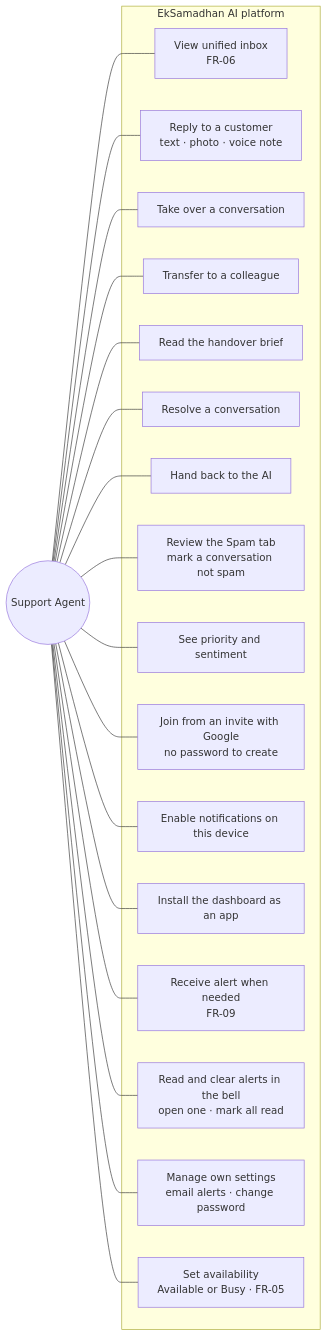
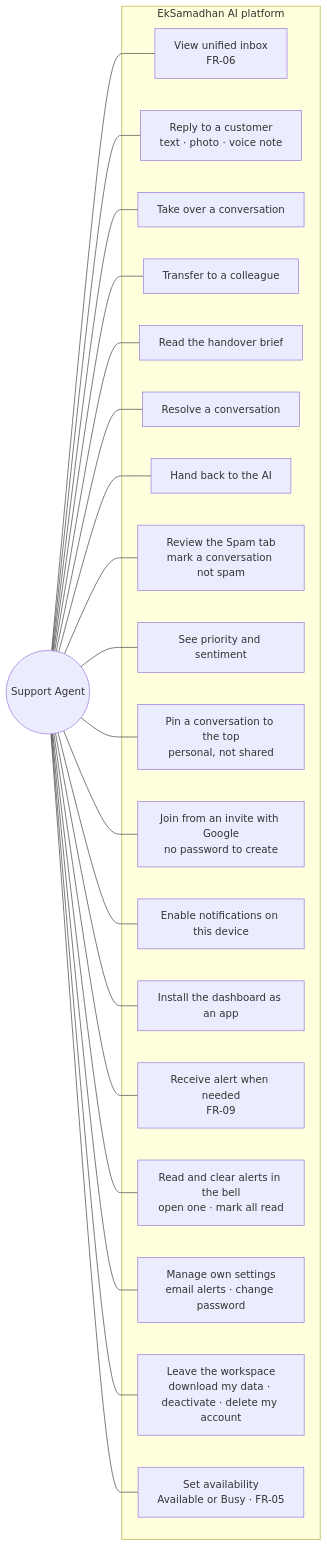
Before and after one commit to SayubShakya/eksamadhan-ai: the second of 5 diagrams in docs/system-design/new-system-design/use-case/README.md, drawn with Mermaid. The commit also changed other lines of this file and 61 other files, not shown here.

Commit message:
feat: account deletion with handover, pinned conversations, 404 page and a tenant deletes by choosing who takes over; pins are personal to each person.

````diff
--- a/docs/system-design/new-system-design/use-case/README.md
+++ b/docs/system-design/new-system-design/use-case/README.md
@@ -49,38 +51,42 @@
 ```mermaid
 flowchart LR
     agent(("Support Agent"))
     subgraph s2["EkSamadhan AI platform"]
         b1["View unified inbox<br/>FR-06"]
         b2["Reply to a customer<br/>text · photo · voice note"]
         b3["Take over a conversation"]
         b4["Transfer to a colleague"]
         b5["Read the handover brief"]
         b6["Resolve a conversation"]
         b10["Hand back to the AI"]
         b11["Review the Spam tab<br/>mark a conversation not spam"]
         b12["See priority and sentiment"]
+        b18["Pin a conversation to the top<br/>personal, not shared"]
         b13["Join from an invite with Google<br/>no password to create"]
         b7["Enable notifications on this device"]
         b14["Install the dashboard as an app"]
         b8["Receive alert when needed<br/>FR-09"]
         b15["Read and clear alerts in the bell<br/>open one · mark all read"]
         b16["Manage own settings<br/>email alerts · change password"]
+        b17["Leave the workspace<br/>download my data · deactivate · delete my account"]
         b9["Set availability<br/>Available or Busy · FR-05"]
     end
     agent --- b1
     agent --- b2
     agent --- b3
     agent --- b4
     agent --- b5
     agent --- b6
     agent --- b10
     agent --- b11
     agent --- b12
     agent --- b13
     agent --- b7
     agent --- b14
     agent --- b8
     agent --- b15
     agent --- b16
+    agent --- b17
+    agent --- b18
     agent --- b9
 ```
````
